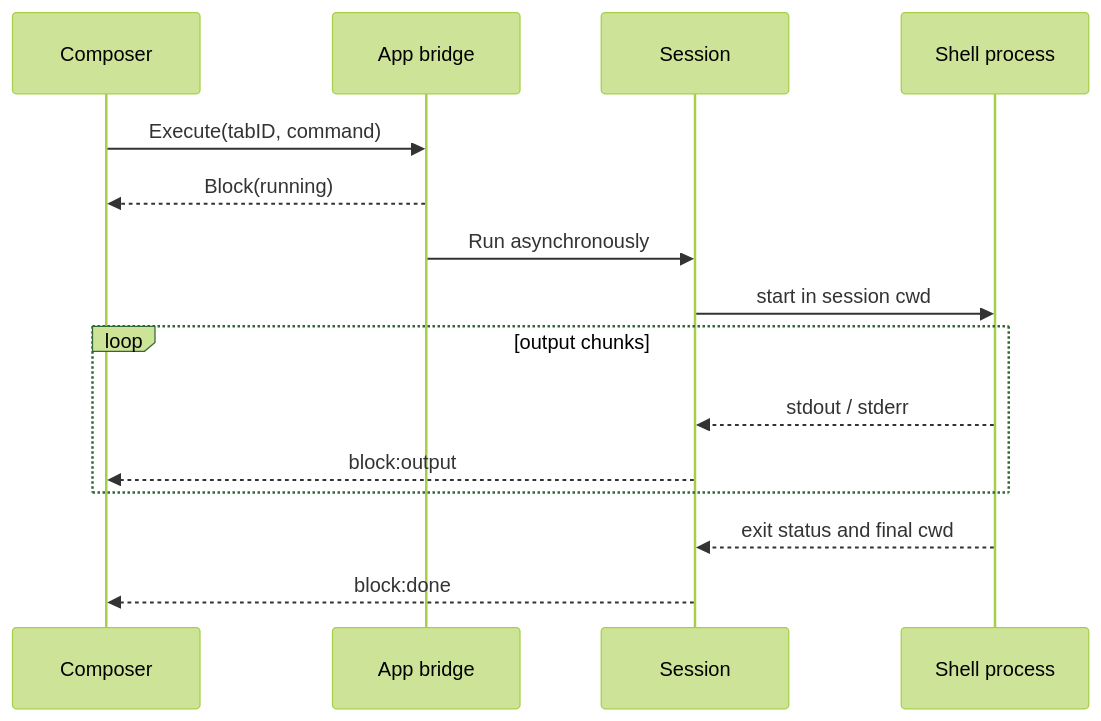
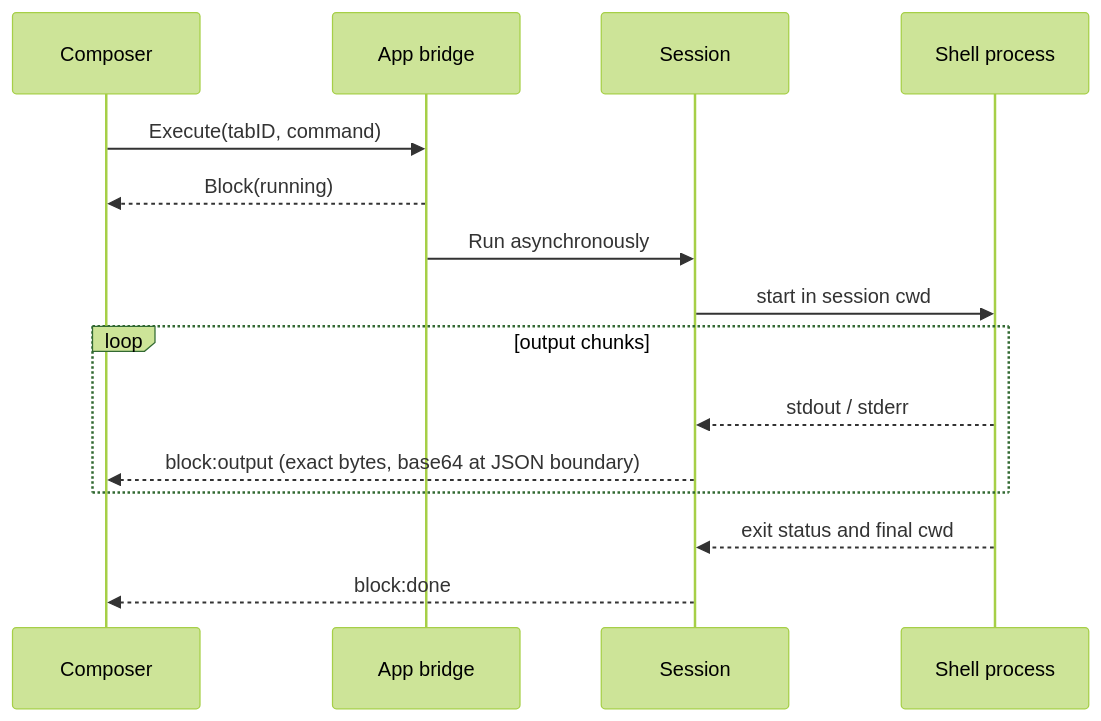
Before and after one commit to Allkrivtim/NTerm: the second of 2 diagrams in docs/ARCHITECTURE.md, drawn with Mermaid (forest theme). The commit also changed other lines of this file and 27 other files, not shown here.

````diff
--- a/docs/ARCHITECTURE.md
+++ b/docs/ARCHITECTURE.md
@@ -148,17 +159,17 @@
 ```mermaid
 sequenceDiagram
     participant C as Composer
     participant A as App bridge
     participant S as Session
     participant P as Shell process
     C->>A: Execute(tabID, command)
     A-->>C: Block(running)
     A->>S: Run asynchronously
     S->>P: start in session cwd
     loop output chunks
         P-->>S: stdout / stderr
-        S-->>C: block:output
+        S-->>C: block:output (exact bytes, base64 at JSON boundary)
     end
     P-->>S: exit status and final cwd
     S-->>C: block:done
 ```
````
